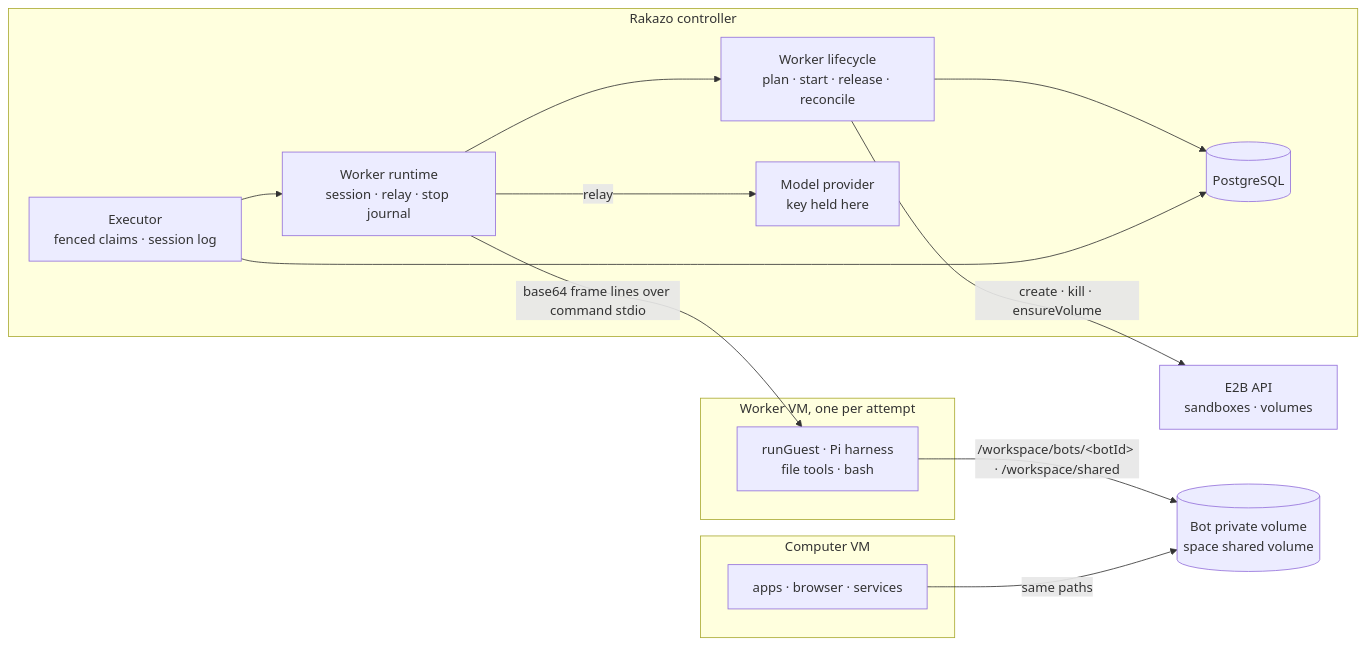
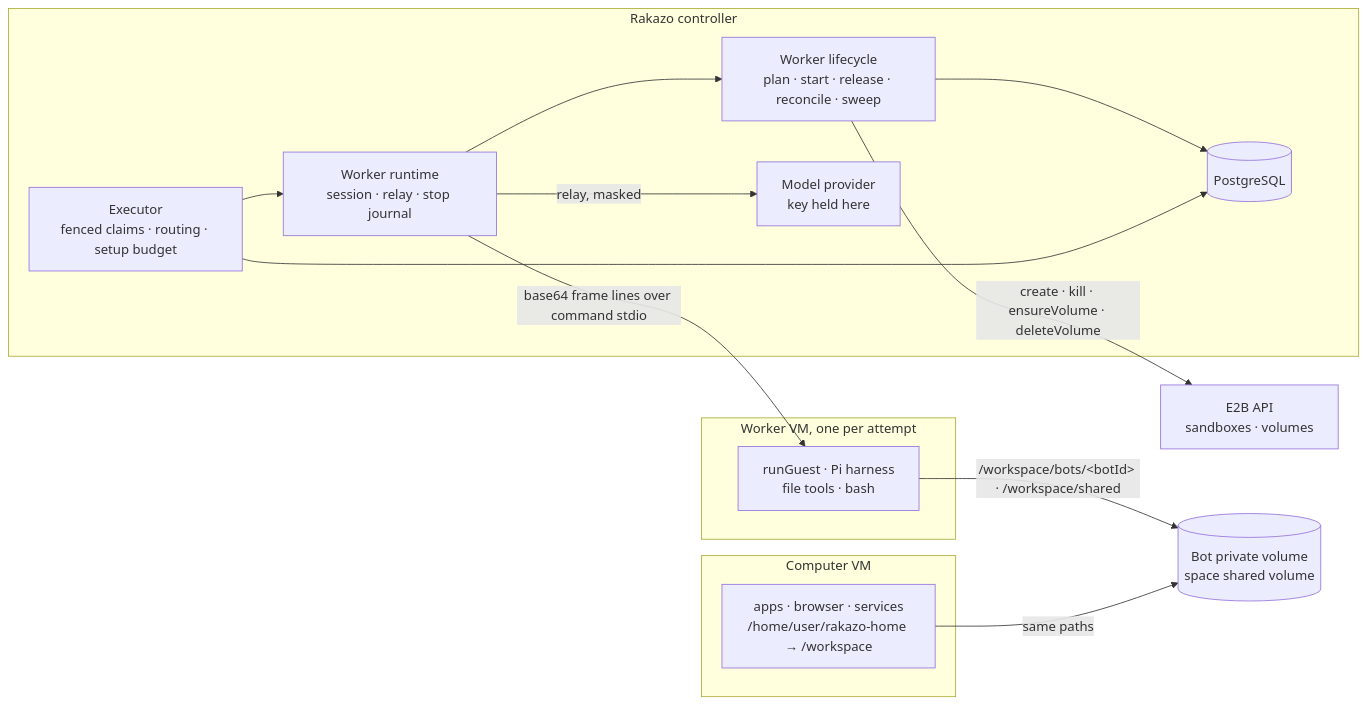
The diagram in docs/implementation/pi-e2b/P3-handoff.md (RomainJeff/tangow-bot), drawn with Mermaid before and after one commit. The commit also changed other lines of this file and 10 other files, not shown here.

````diff
--- a/docs/implementation/pi-e2b/P3-handoff.md
+++ b/docs/implementation/pi-e2b/P3-handoff.md
@@ -29,27 +28,27 @@
 ```mermaid
 flowchart LR
   subgraph controller["Rakazo controller"]
-    executor["Executor<br/>fenced claims · session log"]
+    executor["Executor<br/>fenced claims · routing · setup budget"]
     runtime["Worker runtime<br/>session · relay · stop journal"]
-    lifecycle["Worker lifecycle<br/>plan · start · release · reconcile"]
+    lifecycle["Worker lifecycle<br/>plan · start · release · reconcile · sweep"]
     db[("PostgreSQL")]
     model["Model provider<br/>key held here"]
   end
   e2bapi["E2B API<br/>sandboxes · volumes"]
   subgraph worker["Worker VM, one per attempt"]
     guest["runGuest · Pi harness<br/>file tools · bash"]
   end
   subgraph computer["Computer VM"]
-    apps["apps · browser · services"]
+    apps["apps · browser · services<br/>/home/user/rakazo-home → /workspace"]
   end
   volumes[("Bot private volume<br/>space shared volume")]
   executor --> runtime
   runtime --> lifecycle
   lifecycle --> db
   executor --> db
-  lifecycle -- "create · kill · ensureVolume" --> e2bapi
+  lifecycle -- "create · kill · ensureVolume · deleteVolume" --> e2bapi
   runtime -- "base64 frame lines over command stdio" --> guest
-  runtime -- "relay" --> model
+  runtime -- "relay, masked" --> model
   guest -- "/workspace/bots/&lt;botId&gt; · /workspace/shared" --> volumes
   apps -- "same paths" --> volumes
 ```
````
